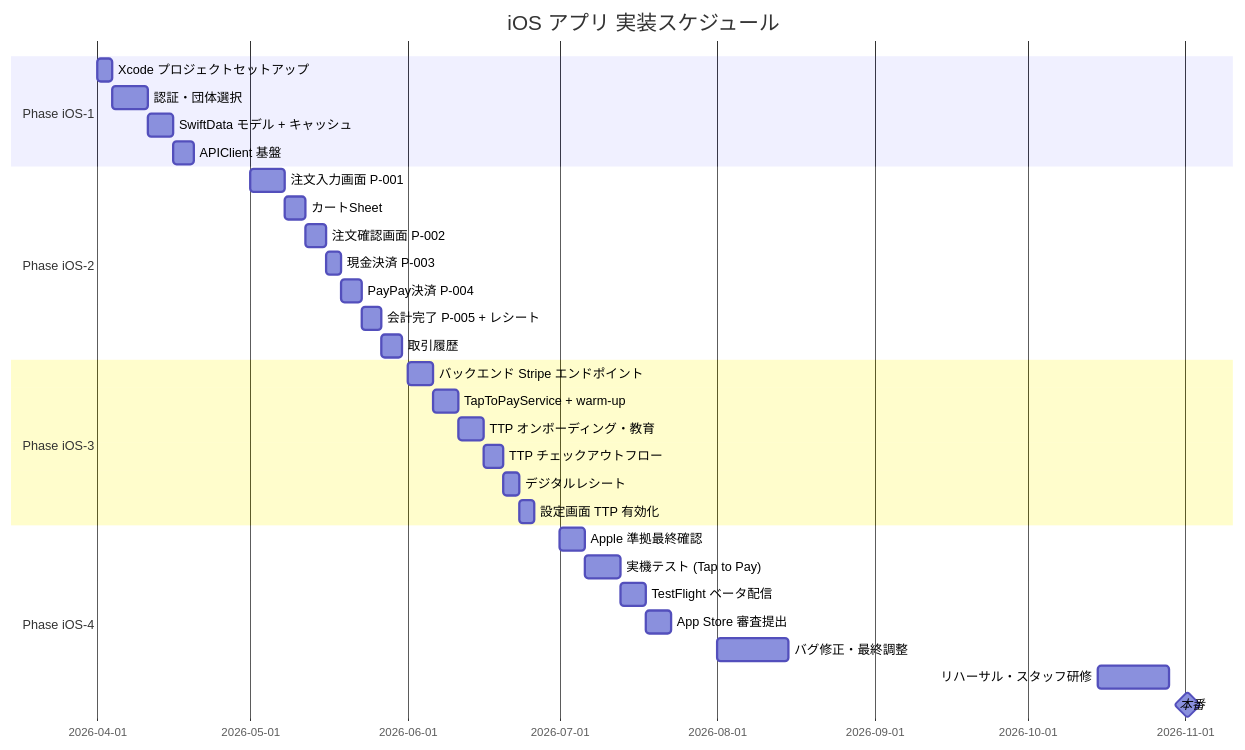
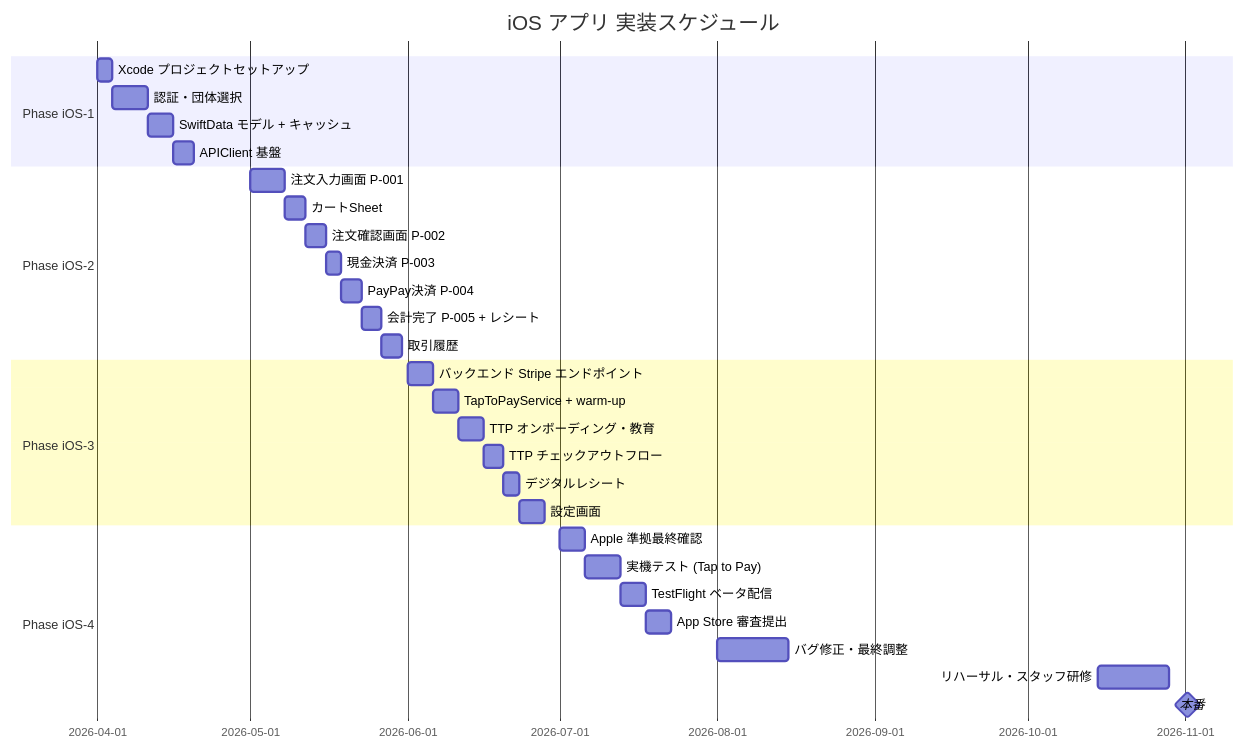
The diagram in 開発資料/iOSアプリ資料/iOS実装計画.md (Kenta3521/koubou-fes_POS), drawn with Mermaid before and after one commit. The commit also changed other lines of this file and 27 other files, not shown here.

````diff
--- a/開発資料/iOSアプリ資料/iOS実装計画.md
+++ b/開発資料/iOSアプリ資料/iOS実装計画.md
@@ -11,37 +11,37 @@
 ```mermaid
 gantt
     title iOS アプリ 実装スケジュール
     dateFormat YYYY-MM-DD
 
     section Phase iOS-1
     Xcode プロジェクトセットアップ   :2026-04-01, 3d
     認証・団体選択                    :2026-04-04, 7d
     SwiftData モデル + キャッシュ     :2026-04-11, 5d
     APIClient 基盤                   :2026-04-16, 4d
 
     section Phase iOS-2
     注文入力画面 P-001               :2026-05-01, 7d
     カートSheet                     :2026-05-08, 4d
     注文確認画面 P-002               :2026-05-12, 4d
     現金決済 P-003                   :2026-05-16, 3d
     PayPay決済 P-004                 :2026-05-19, 4d
     会計完了 P-005 + レシート        :2026-05-23, 4d
     取引履歴                         :2026-05-27, 4d
 
     section Phase iOS-3
     バックエンド Stripe エンドポイント :2026-06-01, 5d
     TapToPayService + warm-up        :2026-06-06, 5d
     TTP オンボーディング・教育        :2026-06-11, 5d
     TTP チェックアウトフロー          :2026-06-16, 4d
     デジタルレシート                   :2026-06-20, 3d
-    設定画面 TTP 有効化               :2026-06-23, 3d
+    設定画面                           :2026-06-23, 5d
 
     section Phase iOS-4
     Apple 準拠最終確認               :2026-07-01, 5d
     実機テスト (Tap to Pay)          :2026-07-06, 7d
     TestFlight ベータ配信            :2026-07-13, 5d
     App Store 審査提出               :2026-07-18, 5d
     バグ修正・最終調整               :2026-08-01, 14d
     リハーサル・スタッフ研修          :2026-10-15, 14d
     本番                             :milestone, 2026-11-01, 1d
 ```
````
